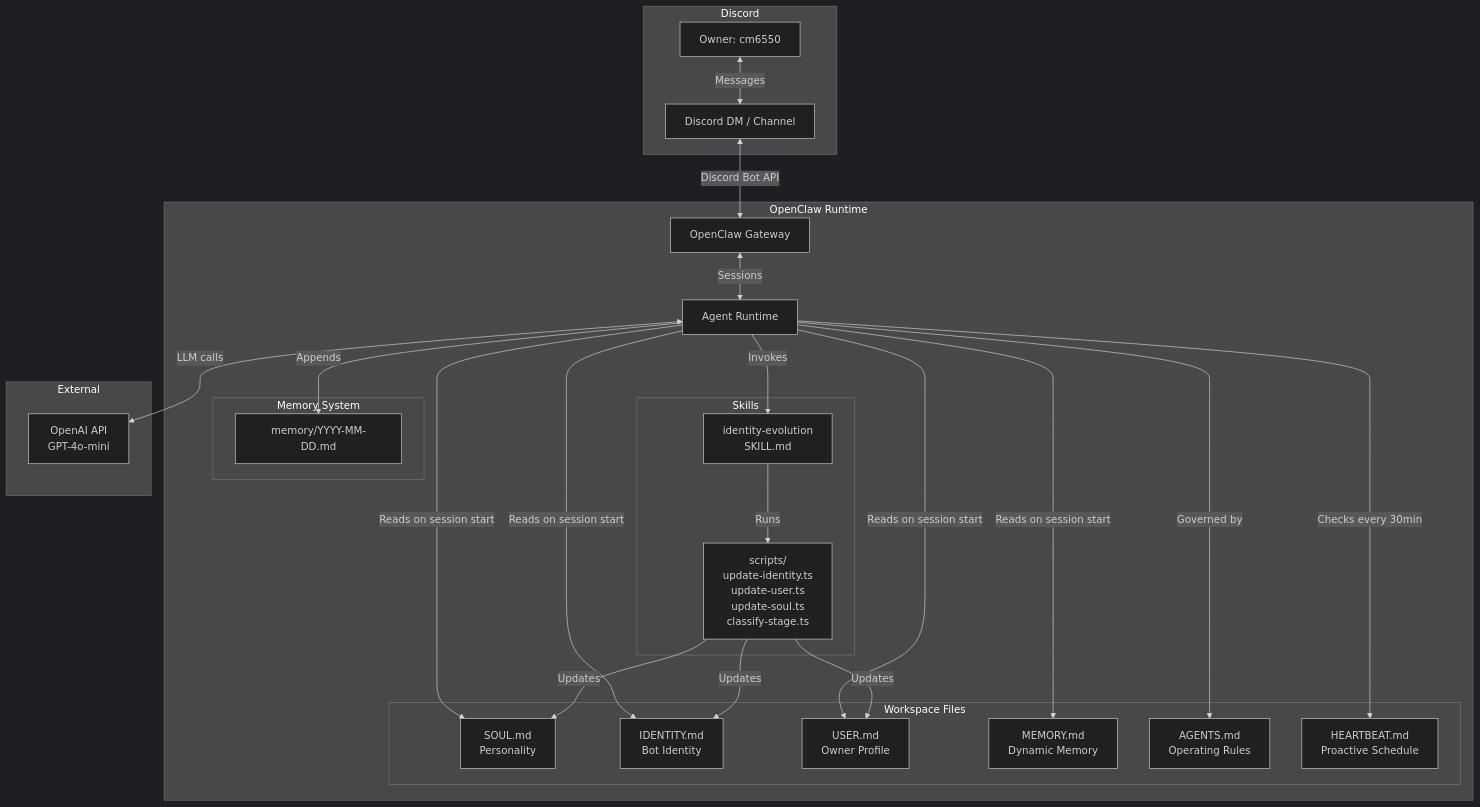
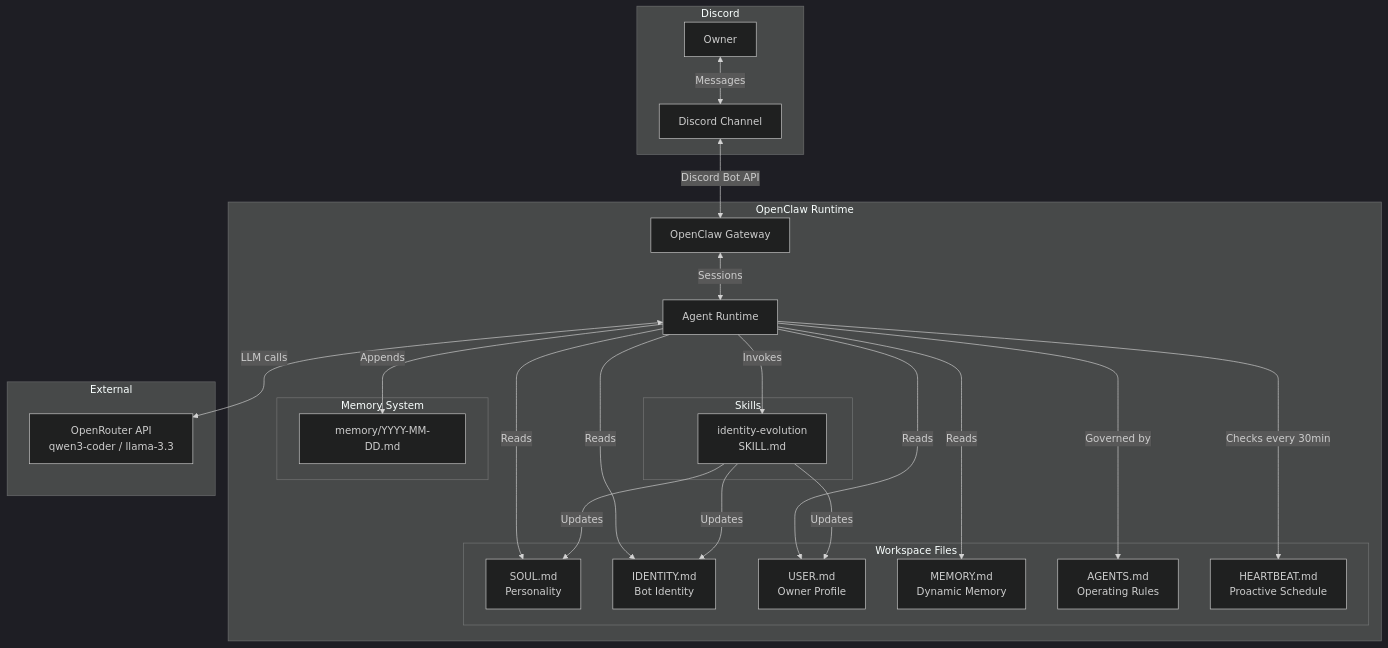
Before and after one commit to z75zhu/project-assistant: the diagram in README.md, drawn with Mermaid (dark theme). The commit also changed other lines of this file and 15 other files, not shown here.

First line of the commit message:
feat: silent memory via workspace files, faster outreach, OpenRouter free models

````diff
--- a/README.md
+++ b/README.md
@@ -37,51 +40,44 @@
 ```mermaid
 graph TB
     subgraph Discord
-        Owner[Owner: cm6550]
-        Channel[Discord DM / Channel]
+        Owner[Owner]
+        Channel[Discord Channel]
     end
 
     subgraph OpenClaw Runtime
         Gateway[OpenClaw Gateway]
         Agent[Agent Runtime]
 
         subgraph Workspace Files
             SOUL[SOUL.md<br/>Personality]
             IDENTITY[IDENTITY.md<br/>Bot Identity]
             USER[USER.md<br/>Owner Profile]
             MEMORY[MEMORY.md<br/>Dynamic Memory]
             AGENTS[AGENTS.md<br/>Operating Rules]
             HEARTBEAT[HEARTBEAT.md<br/>Proactive Schedule]
         end
 
         subgraph Skills
             IES[identity-evolution<br/>SKILL.md]
-            IES_Scripts[scripts/<br/>update-identity.ts<br/>update-user.ts<br/>update-soul.ts<br/>classify-stage.ts]
         end
 
         subgraph Memory System
             DailyLogs[memory/YYYY-MM-DD.md]
         end
     end
 
     subgraph External
-        OpenAI[OpenAI API<br/>GPT-4o-mini]
+        LLM[OpenRouter API<br/>qwen3-coder / llama-3.3]
     end
 
     Owner <-->|Messages| Channel
     Channel <-->|Discord Bot API| Gateway
     Gateway <-->|Sessions| Agent
-    Agent -->|Reads on session start| SOUL
-    Agent -->|Reads on session start| IDENTITY
-    Agent -->|Reads on session start| USER
-    Agent -->|Reads on session start| MEMORY
+    Agent -->|Reads| SOUL & IDENTITY & USER & MEMORY
     Agent -->|Governed by| AGENTS
     Agent -->|Checks every 30min| HEARTBEAT
     Agent -->|Invokes| IES
-    IES -->|Runs| IES_Scripts
-    IES_Scripts -->|Updates| SOUL
-    IES_Scripts -->|Updates| IDENTITY
-    IES_Scripts -->|Updates| USER
+    IES -->|Updates| SOUL & IDENTITY & USER
     Agent -->|Appends| DailyLogs
-    Agent <-->|LLM calls| OpenAI
+    Agent <-->|LLM calls| LLM
 ```
````
